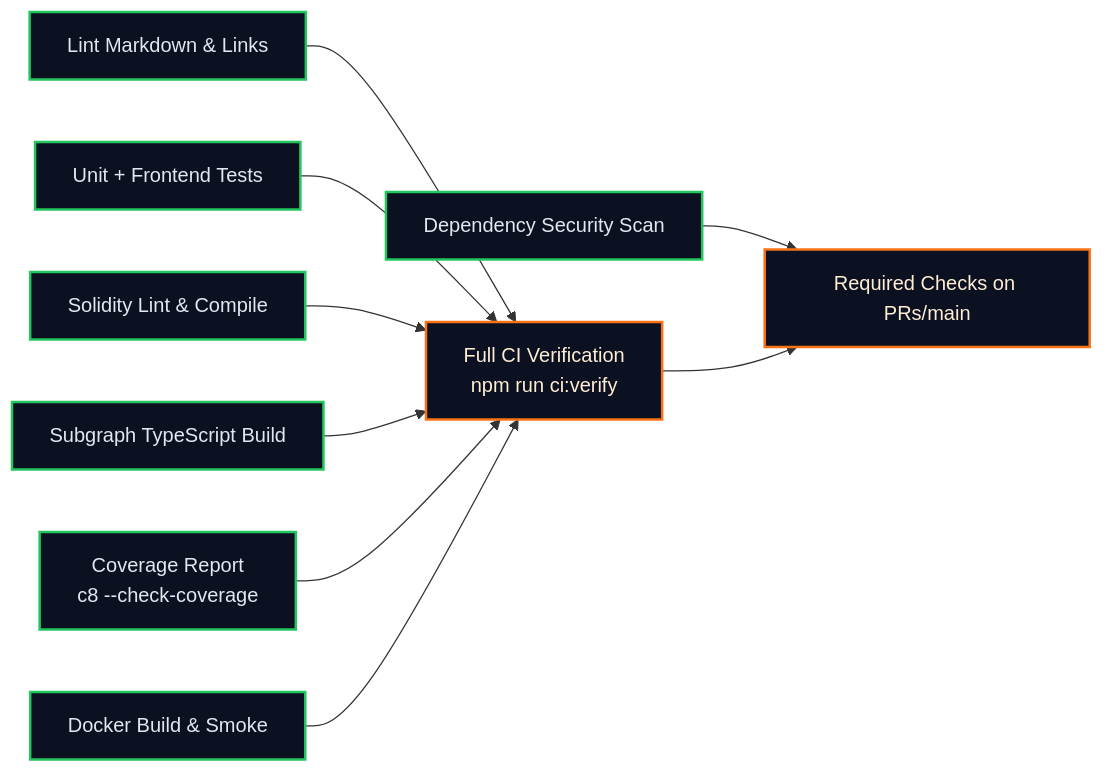
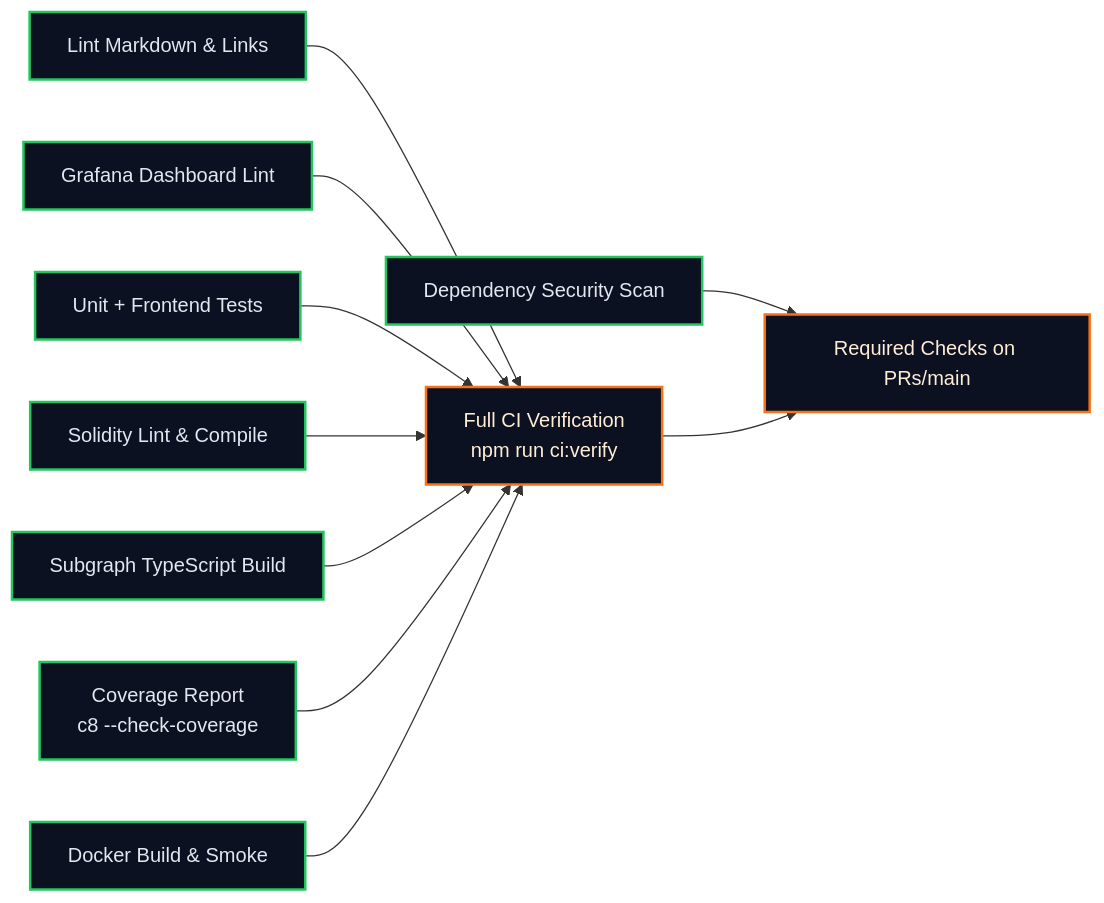
Before and after one commit to MontrealAI/AGI-Alpha-Node-v0: the ninth of 12 diagrams in README.md, drawn with Mermaid. The commit also changed other lines of this file and 6 other files, not shown here.

Commit message:
Add DCUtR Grafana linting and dashboard refresh

````diff
--- a/README.md
+++ b/README.md
@@ -410,14 +419,15 @@
 ```mermaid
 flowchart LR
   classDef job fill:#0b1120,stroke:#22c55e,stroke-width:2px,color:#e2e8f0;
   classDef gate fill:#0b1120,stroke:#f97316,stroke-width:2px,color:#ffedd5;
 
-  Lint[Lint Markdown & Links]:::job --> Verify
-  Test[Unit + Frontend Tests]:::job --> Verify
-  Solidity[Solidity Lint & Compile]:::job --> Verify
-  TS[Subgraph TypeScript Build]:::job --> Verify
+    Lint[Lint Markdown & Links]:::job --> Verify
+    GrafanaLint[Grafana Dashboard Lint]:::job --> Verify
+    Test[Unit + Frontend Tests]:::job --> Verify
+    Solidity[Solidity Lint & Compile]:::job --> Verify
+    TS[Subgraph TypeScript Build]:::job --> Verify
   Coverage[Coverage Report\nc8 --check-coverage]:::job --> Verify
   Docker[Docker Build & Smoke]:::job --> Verify
   Security[Dependency Security Scan]:::job --> Badges
   Verify[Full CI Verification\nnpm run ci:verify]:::gate --> Badges[Required Checks on PRs/main]:::gate
 ```
````
